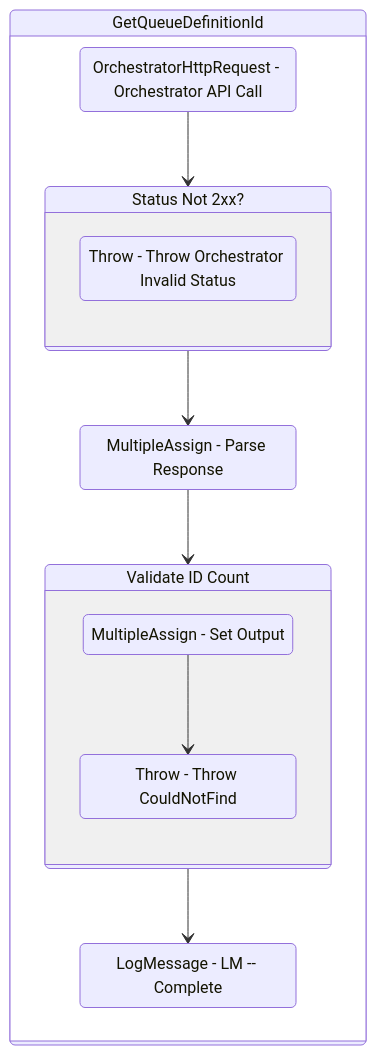
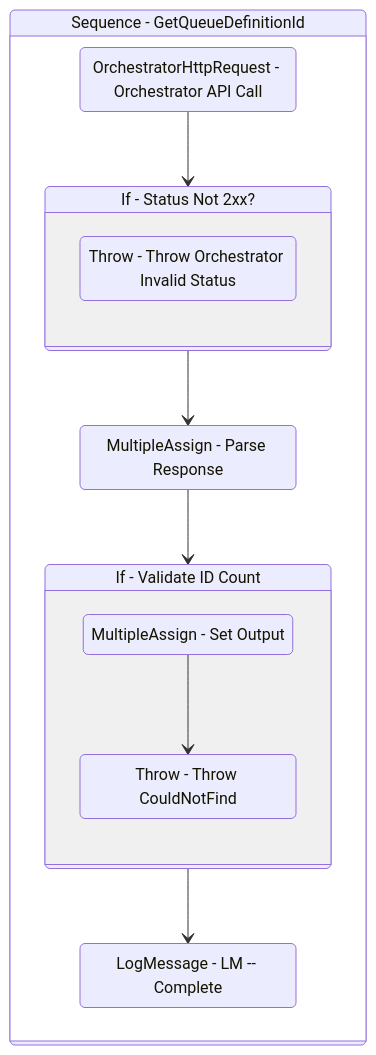
One commit to yashbrahmbhatt/LazyFramework changed the diagram in Documentation/.templates/Reporters/Basic/Orchestrator/GetQueueDefinitionId.md. Above: the diagram before and after it, drawn with Mermaid. The commit also changed 78 other files, not shown here.

````diff
--- a/Documentation/.templates/Reporters/Basic/Orchestrator/GetQueueDefinitionId.md
+++ b/Documentation/.templates/Reporters/Basic/Orchestrator/GetQueueDefinitionId.md
@@ -119,28 +119,28 @@
 ```mermaid
 stateDiagram-v2
 
 
-Sequence_1: GetQueueDefinitionId
+Sequence_1: Sequence - GetQueueDefinitionId
 state Sequence_1 {
 direction TB
 OrchestratorHttpRequest_1 : OrchestratorHttpRequest - Orchestrator API Call
 OrchestratorHttpRequest_1 --> If_1
-If_1: Status Not 2xx?
+If_1: If - Status Not 2xx?
 state If_1 {
 direction TB
 Throw_1 : Throw - Throw Orchestrator Invalid Status
 }
 MultipleAssign_1 : MultipleAssign - Parse Response
 If_1 --> MultipleAssign_1
 MultipleAssign_1 --> If_2
-If_2: Validate ID Count
+If_2: If - Validate ID Count
 state If_2 {
 direction TB
 MultipleAssign_2 : MultipleAssign - Set Output
 Throw_2 : Throw - Throw CouldNotFind
 MultipleAssign_2 --> Throw_2
 }
 LogMessage_1 : LogMessage - LM -- Complete
 If_2 --> LogMessage_1
 }
 ```
````
